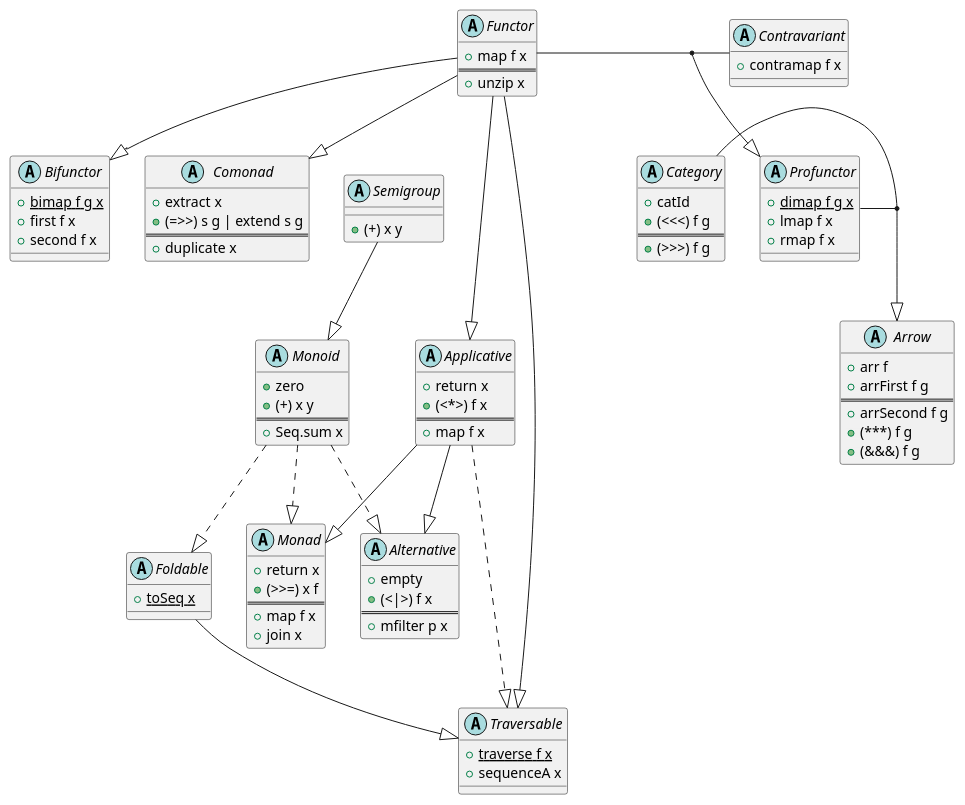
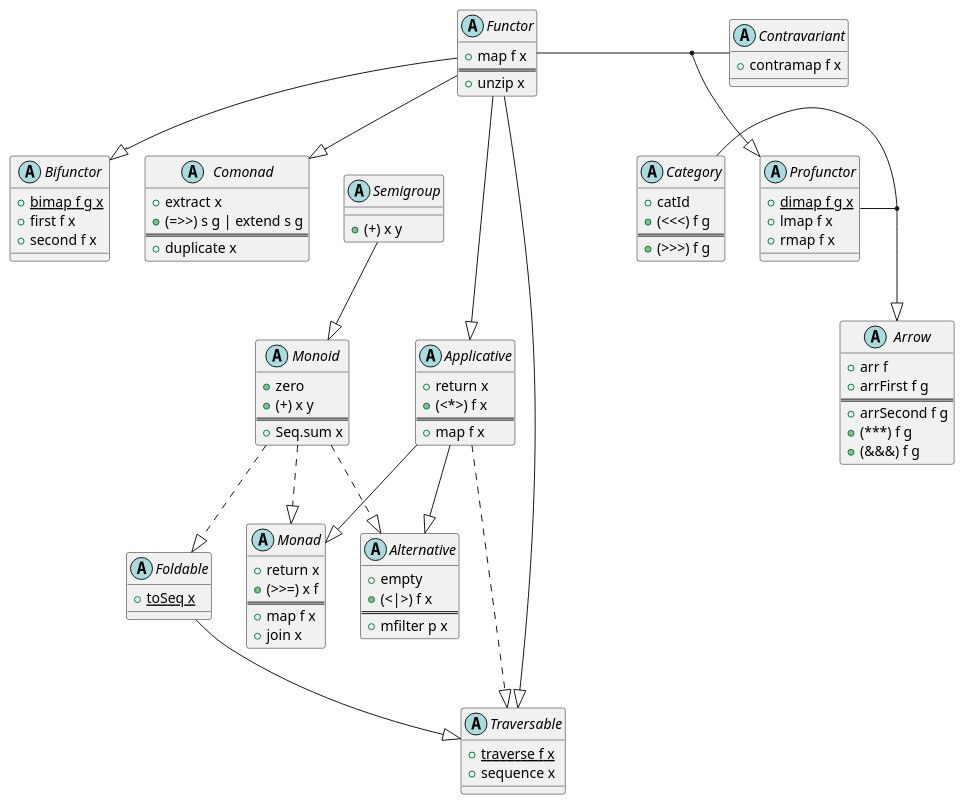
One commit to fsprojects/FSharpPlus changed the diagram in docsrc/content/abstractions.plantuml. Above: the diagram before and after it, drawn with PlantUML. The commit also changed 10 other files, not shown here.

Commit message:
Rename SequenceA to Sequence

```diff
--- a/docsrc/content/abstractions.plantuml
+++ b/docsrc/content/abstractions.plantuml
@@ -1,117 +1,117 @@
 @startuml
 together {
 	abstract class Semigroup [[http://gusty.github.io/FSharpPlus/abstraction-semigroup.html]] {
 	  + (+) x y [[[http://gusty.github.io/FSharpPlus/abstraction-semigroup.html#plus {Appends two semigroups} ]]]
 	}
 
 	abstract class Comonad [[http://gusty.github.io/FSharpPlus/abstraction-comonad.html]] {
 	  + extract x [[[http://gusty.github.io/FSharpPlus/abstraction-comonad.html#extract]]]
 	  + (=>>) s g | extend s g [[[http://gusty.github.io/FSharpPlus/abstraction-comonad.html#extend]]]
 	  ==
 	  + duplicate x
 	}
 }
 
 abstract class Monoid [[http://gusty.github.io/FSharpPlus/abstraction-monoid.html]] {
   + zero [[[http://gusty.github.io/FSharpPlus/abstraction-monoid.html#zero {Identity for (+)} ]]]
   + (+) x y [[[http://gusty.github.io/FSharpPlus/abstraction-monoid.html#plus {Appends both monoids} ]]]
   ==
   + Seq.sum x [[[http://gusty.github.io/FSharpPlus/abstraction-monoid.html#sum {Flatten a sequence of monoids} ]]]
 }
 
 
 abstract class Functor [[http://gusty.github.io/FSharpPlus/abstraction-functor.html]] {
   + map f x [[[http://gusty.github.io/FSharpPlus/abstraction-functor.html#map {Lift a function into a Functor} ]]]
   ==
   + unzip x
 }
 
 abstract class Contravariant [[http://gusty.github.io/FSharpPlus/abstraction-contravariant.html]] {
   + contramap f x [[[http://gusty.github.io/FSharpPlus/abstraction-contravariant.html#contramap]]]
 }
 
 
 abstract class Applicative [[http://gusty.github.io/FSharpPlus/abstraction-applicative.html]] {
   + return x [[[http://gusty.github.io/FSharpPlus/abstraction-monad.html#return {Lift a value into a Functor} ]]]
   + (<*>) f x [[[http://gusty.github.io/FSharpPlus/abstraction-applicative.html {Apply a lifted argument to a lifted function} ]]]
   ==
   + map f x [[[http://gusty.github.io/FSharpPlus/abstraction-functor.html#map {Lift a function into a Functor} ]]]
 }
 
 abstract class Alternative [[http://gusty.github.io/FSharpPlus/abstraction-alternative.html]] {
   + empty [[[http://gusty.github.io/FSharpPlus/abstraction-alternative.html]]]
   + (<|>) f x [[[http://gusty.github.io/FSharpPlus/abstraction-alternative.html]]]
   ==
   + mfilter p x [[[http://gusty.github.io/FSharpPlus/abstraction-alternative.html#mfilter {Returns all values satisfying the predicate, if the predicate returns false will use the empty value} ]]]
 }
 
 abstract class Monad [[http://gusty.github.io/FSharpPlus/abstraction-monad.html]] {
   + return x [[[http://gusty.github.io/FSharpPlus/abstraction-monad.html#return {Lift a value into a Functor} ]]]
   + (>>=) x f [[[http://gusty.github.io/FSharpPlus/abstraction-monad.html#bind {Takes a monadic value and a function from a plain type to a monadic value, and returns a new monadic value} ]]]
   ==
   + map f x [[[http://gusty.github.io/FSharpPlus/abstraction-functor.html#map {Lift a function into a Functor} ]]]
   + join x [[[http://gusty.github.io/FSharpPlus/abstraction-functor.html#join {Flattens two layers of monadic information into one} ]]]
 }
 
 
 abstract class Bifunctor [[http://gusty.github.io/FSharpPlus/abstraction-bifunctor.html]] {
   + {static} bimap f g x [[[http://gusty.github.io/FSharpPlus/abstraction-bifunctor.html#bimap]]]
   + first f x [[[http://gusty.github.io/FSharpPlus/abstraction-bifunctor.html#first]]]
   + second f x [[[http://gusty.github.io/FSharpPlus/abstraction-bifunctor.html#second]]]
 }
 
 
 
 abstract class Foldable [[http://gusty.github.io/FSharpPlus/abstraction-foldable.html]] {
   {static} + toSeq x [[[http://gusty.github.io/FSharpPlus/abstraction-foldable.html#toSeq {Converts to a seq} ]]]
 }
 
 
 abstract class Traversable [[http://gusty.github.io/FSharpPlus/abstraction-traversable.html]] {
   {static} + traverse f x [[[http://gusty.github.io/FSharpPlus/abstraction-traversable.html#traverse {Map each element of a structure to an action, evaluate them left to right and collect result }]]]
-  + sequenceA x [[[http://gusty.github.io/FSharpPlus/abstraction-traversable.html#sequenceA {Evaluate each action in the structure left to right and collect the result } ]]]
+  + sequence x [[[http://gusty.github.io/FSharpPlus/abstraction-traversable.html#sequence {Evaluate each action in the structure left to right and collect the result } ]]]
 }
 
 together {
 	abstract class Profunctor [[http://gusty.github.io/FSharpPlus/abstraction-profunctor.html]] {
 	  + {static} dimap f g x [[[http://gusty.github.io/FSharpPlus/abstraction-profunctor.html#dimap]]]
 	  + lmap f x [[[http://gusty.github.io/FSharpPlus/abstraction-profunctor.html#lmap]]]
 	  + rmap f x [[[http://gusty.github.io/FSharpPlus/abstraction-profunctor.html#rmap]]]
 	}
 
 	abstract class Category [[http://gusty.github.io/FSharpPlus/abstraction-category.html]] {
 	  + catId [[[http://gusty.github.io/FSharpPlus/abstraction-category.html#catId {The identity morphism. }]]]
 	  + (<<<) f g [[[http://gusty.github.io/FSharpPlus/abstraction-category.html#catComp {Right-to-left morphism composition. } ]]]
 	  ==
 	  + (>>>) f g [[[http://gusty.github.io/FSharpPlus/abstraction-category.html#catComp {Left-to-right morphism composition. } ]]]
 	}
 }
 
 abstract class Arrow [[http://gusty.github.io/FSharpPlus/abstraction-arrow.html]] {
   + arr f [[[http://gusty.github.io/FSharpPlus/abstraction-arrow.html#arr {Lift a function to an arrow. }]]]
   + arrFirst f g [[[http://gusty.github.io/FSharpPlus/abstraction-arrow.html#arrFirst {Send the 1st component of the input through the argument arrow and copy the rest unchanged to the output. } ]]]
   ==
   + arrSecond f g [[[http://gusty.github.io/FSharpPlus/abstraction-arrow.html#arrSecond {Send the 2nd component of the input through the argument arrow and copy the rest unchanged to the output. } ]]]
   + (***) f g [[[http://gusty.github.io/FSharpPlus/abstraction-arrow.html#arrCombine {Split the input between the two argument arrows and combine their output. } ]]]
   + (&&&) f g [[[http://gusty.github.io/FSharpPlus/abstraction-arrow.html#fanout {Send the input to both argument arrows and combine their output. } ]]]
 }
 
 
 
 Semigroup  --|> Monoid 
 Functor  --|> Bifunctor
 Functor  --|> Applicative
 Applicative  --|> Monad
 Applicative  --|> Alternative
 Monoid ..|> Monad
 Monoid ..|> Foldable
 Functor --|> Comonad
 Functor --|> Traversable
 Foldable --|> Traversable
 Applicative ..|> Traversable
 Monoid ..|> Alternative
 Functor - Contravariant
 (Functor, Contravariant) --|> Profunctor
 Profunctor - Category
 (Profunctor, Category) --|>  Arrow
 @enduml
```
